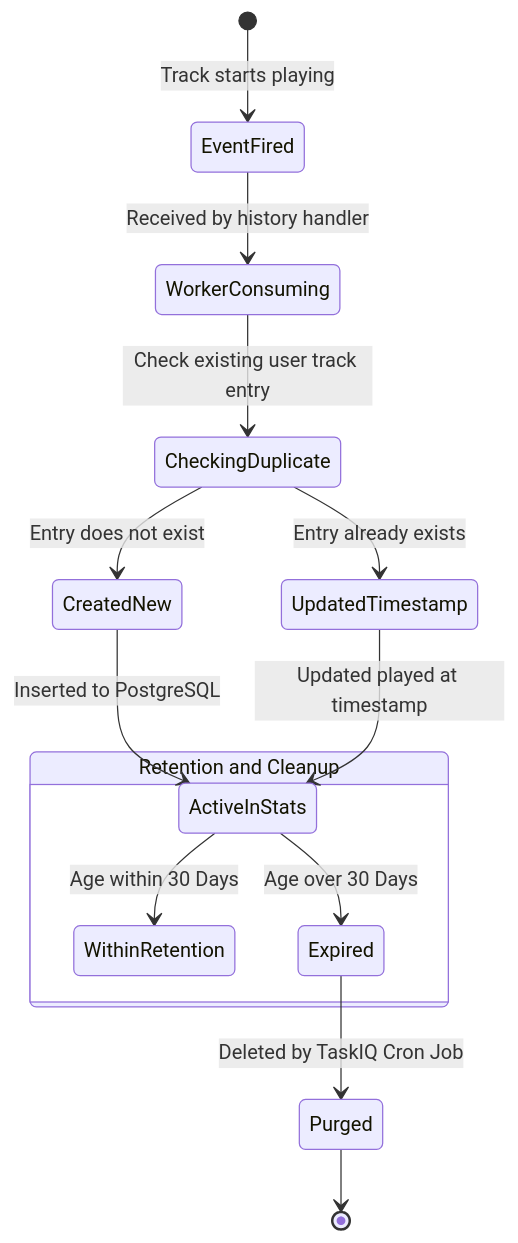
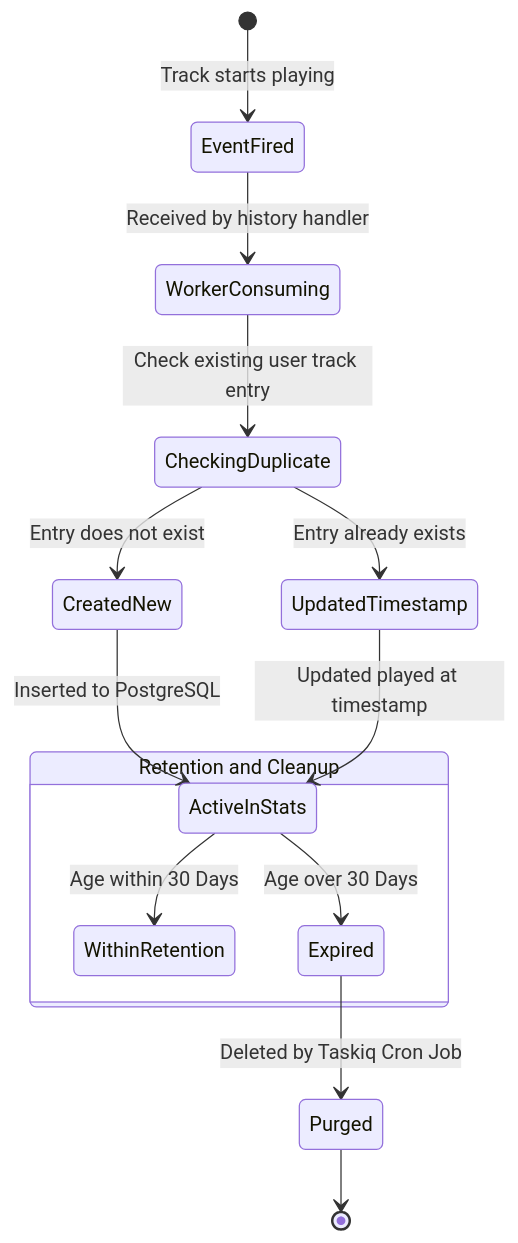
One commit to DustGalaxy/openplaylist-mono changed the fourth of 4 diagrams in docs/core/history_stats.md. Above: the diagram before and after it, drawn with Mermaid. The commit also changed other lines of this file and 21 other files, not shown here.

Commit message:
docs: translate technical architecture and component guides to English

````diff
--- a/docs/core/history_stats.md
+++ b/docs/core/history_stats.md
@@ -134,21 +134,21 @@
 ```mermaid
 stateDiagram-v2
     [*] --> EventFired: Track starts playing
     
     EventFired --> WorkerConsuming: Received by history handler
     WorkerConsuming --> CheckingDuplicate: Check existing user track entry
     
     CheckingDuplicate --> CreatedNew: Entry does not exist
     CheckingDuplicate --> UpdatedTimestamp: Entry already exists
     
     CreatedNew --> ActiveInStats: Inserted to PostgreSQL
     UpdatedTimestamp --> ActiveInStats: Updated played at timestamp
 
     state "Retention and Cleanup" as Retention {
         ActiveInStats --> WithinRetention: Age within 30 Days
         ActiveInStats --> Expired: Age over 30 Days
     }
 
-    Expired --> Purged: Deleted by TaskIQ Cron Job
+    Expired --> Purged: Deleted by Taskiq Cron Job
     Purged --> [*]
 ```
````
